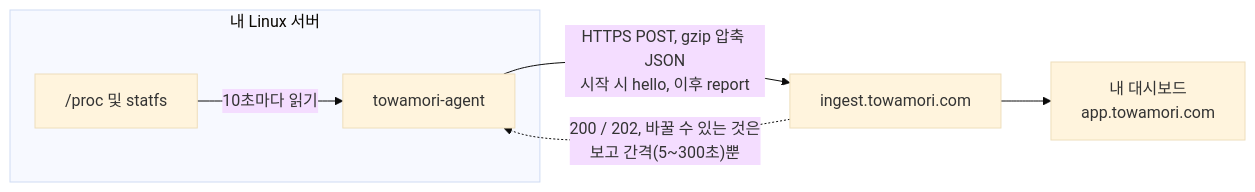
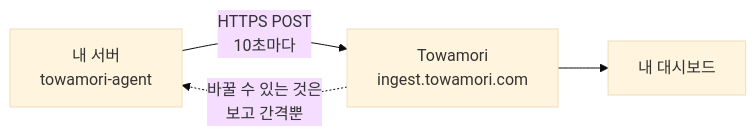
The diagram in README.ko.md (A1oneSKy/towamori), drawn with Mermaid (base theme) before and after one commit. The commit also changed 3 other files, not shown here.

Commit message:
docs(Towamori Agent): 流程图精简成三个节点，窄屏下也看得清

````diff
--- a/README.ko.md
+++ b/README.ko.md
@@ -53,9 +53,6 @@
 ```mermaid
 flowchart LR
-  subgraph host["내 Linux 서버"]
-    proc["/proc 및 statfs"] -->|10초마다 읽기| agent["towamori-agent"]
-  end
-  agent -->|"HTTPS POST, gzip 압축 JSON<br/>시작 시 hello, 이후 report"| ingest["ingest.towamori.com"]
-  ingest -.->|"200 / 202, 바꿀 수 있는 것은<br/>보고 간격(5~300초)뿐"| agent
-  ingest --> app["내 대시보드<br/>app.towamori.com"]
+  A["내 서버<br/>towamori-agent"] -->|"HTTPS POST<br/>10초마다"| B["Towamori<br/>ingest.towamori.com"]
+  B -.->|"바꿀 수 있는 것은<br/>보고 간격뿐"| A
+  B --> C["내 대시보드"]
 ```
````
